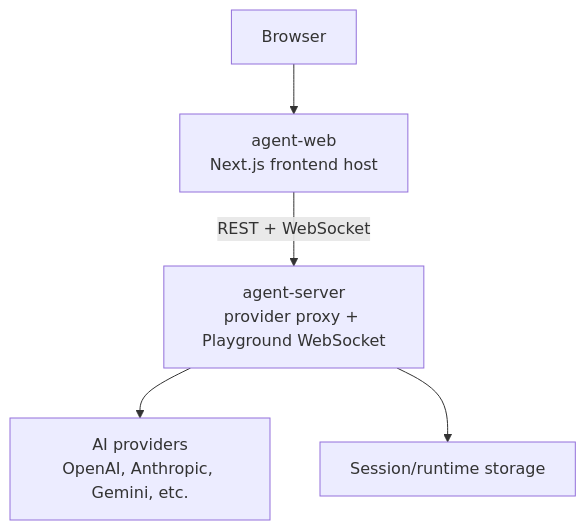
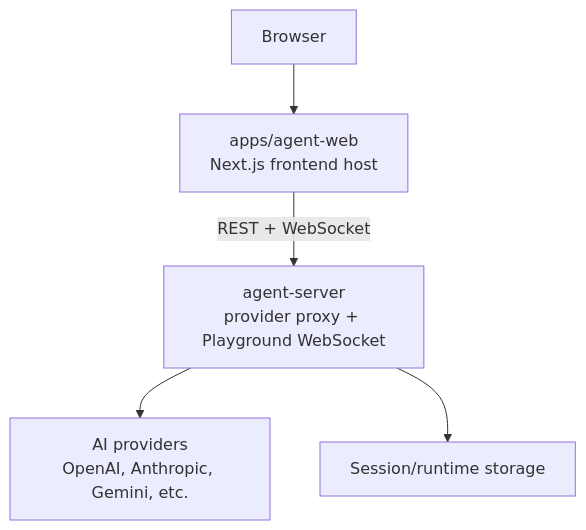
Before and after one commit to woojubb/robota: the first of 2 diagrams in .agents/specs/architecture-map/apps-and-deployment.md, drawn with Mermaid. The commit also changed other lines of this file and 18 other files, not shown here.

````diff
--- a/.agents/specs/architecture-map/apps-and-deployment.md
+++ b/.agents/specs/architecture-map/apps-and-deployment.md
@@ -12,13 +12,13 @@
 ```mermaid
 flowchart TD
   Browser["Browser"]
-  AgentWeb["agent-web\nNext.js frontend host"]
+  AgentWeb["apps/agent-web\nNext.js frontend host"]
   AgentServer["agent-server\nprovider proxy + Playground WebSocket"]
   Providers["AI providers\nOpenAI, Anthropic, Gemini, etc."]
   SessionStorage["Session/runtime storage"]
 
   Browser --> AgentWeb
   AgentWeb -- "REST + WebSocket" --> AgentServer
   AgentServer --> Providers
   AgentServer --> SessionStorage
 ```
````
